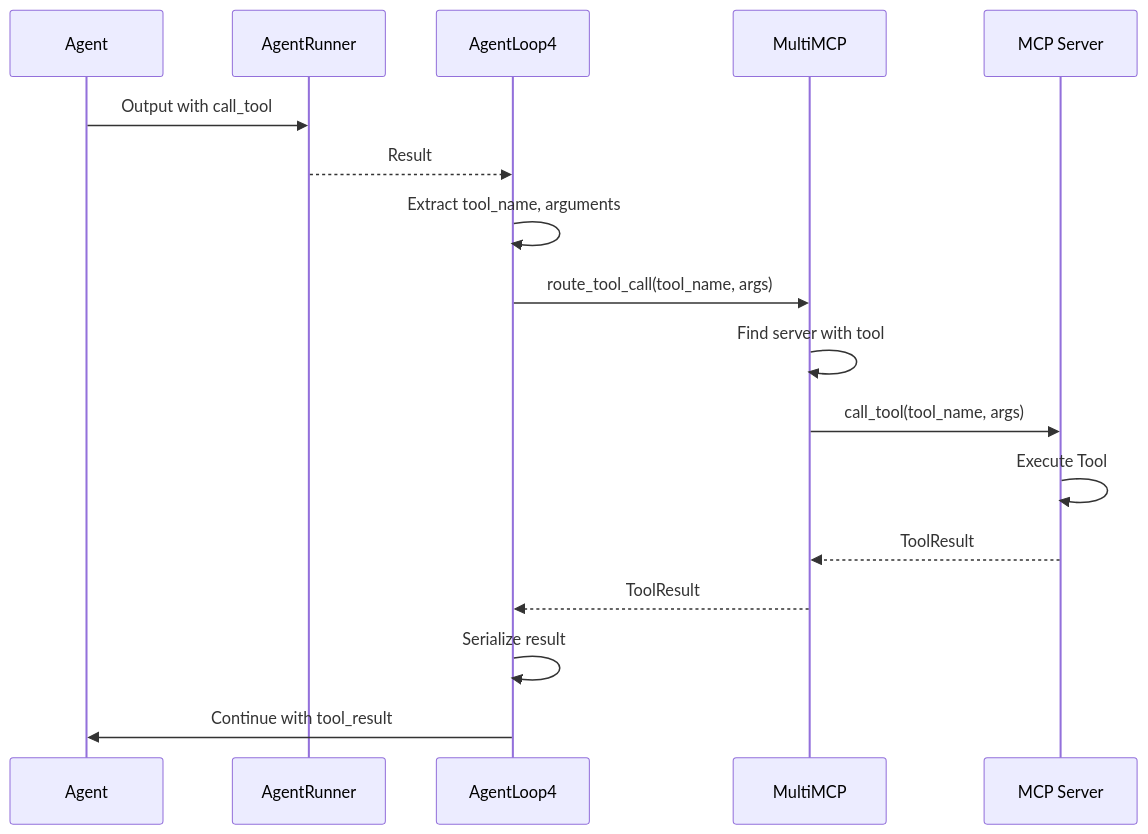
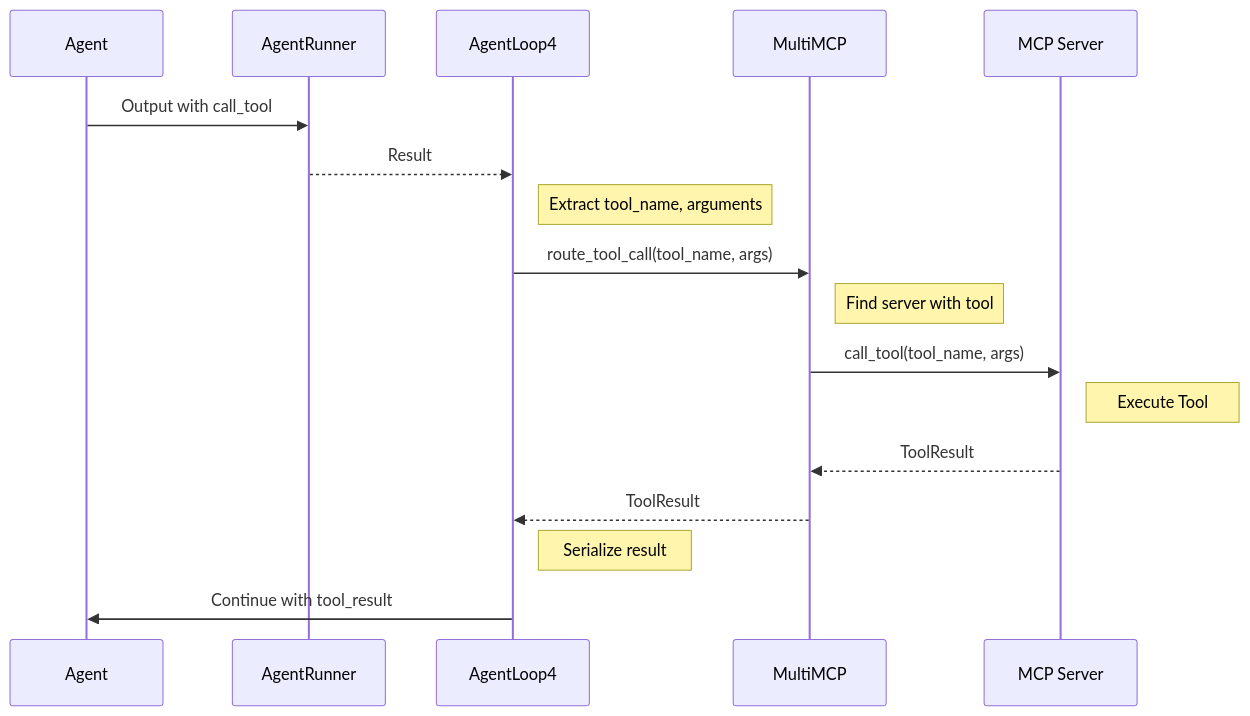
Before and after one commit to giteshgrover/agents2-s15-networkx-multiagent: the ninth of 10 diagrams in 16_NetworkX/architecture.md, drawn with Mermaid. The commit also changed other lines of this file, not shown here.

Commit message:
Enhanced architecture documentation by adding notes to clarify execution phases and processes in the sequence diagrams.

````diff
--- a/16_NetworkX/architecture.md
+++ b/16_NetworkX/architecture.md
@@ -518,20 +518,20 @@
 ```mermaid
 sequenceDiagram
     participant A as Agent
     participant R as AgentRunner
     participant L as AgentLoop4
     participant M as MultiMCP
     participant S as MCP Server
     
     A->>R: Output with call_tool
     R-->>L: Result
-    L->>L: Extract tool_name, arguments
+    Note right of L: Extract tool_name, arguments
     L->>M: route_tool_call(tool_name, args)
-    M->>M: Find server with tool
+    Note right of M: Find server with tool
     M->>S: call_tool(tool_name, args)
-    S->>S: Execute Tool
+    Note right of S: Execute Tool
     S-->>M: ToolResult
     M-->>L: ToolResult
-    L->>L: Serialize result
+    Note right of L: Serialize result
     L->>A: Continue with tool_result
 ```
````
